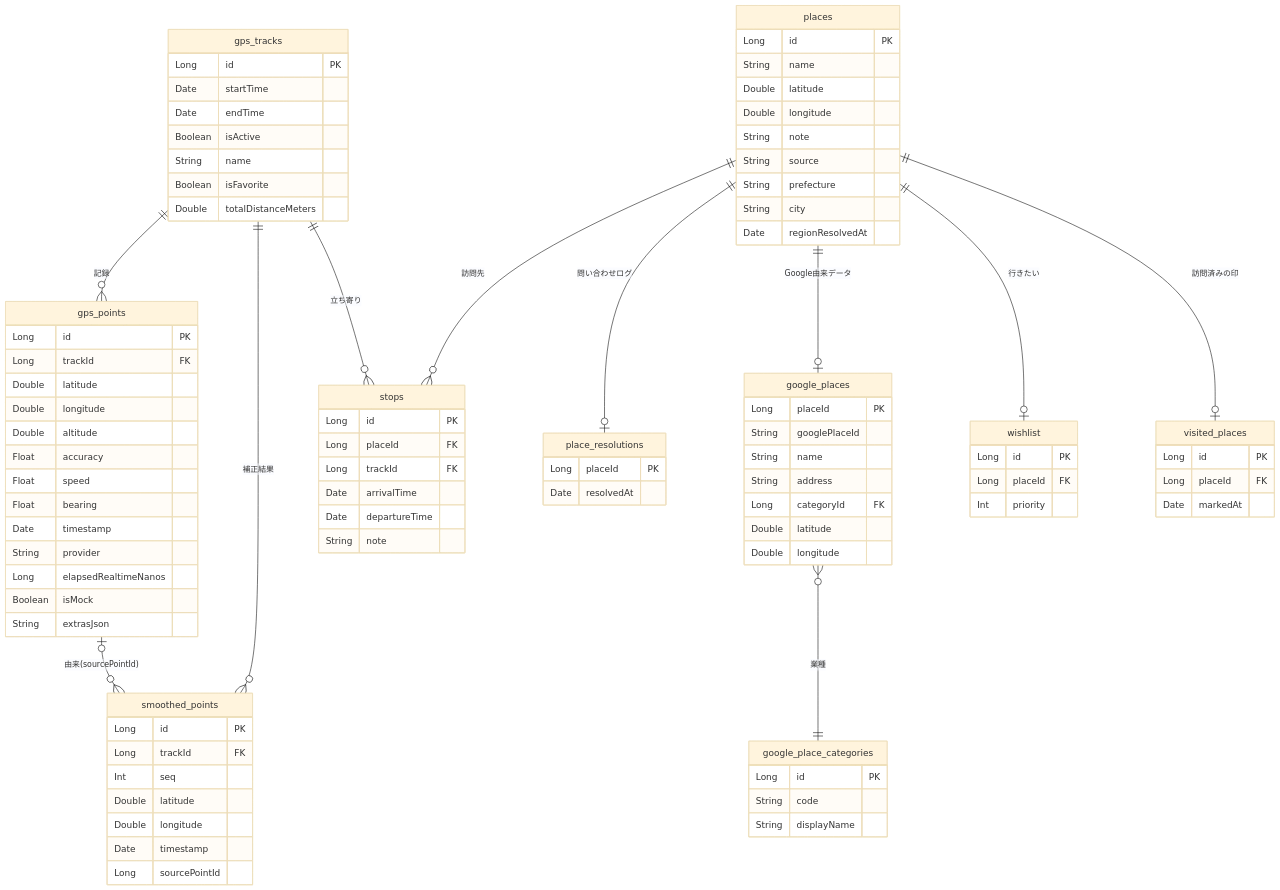
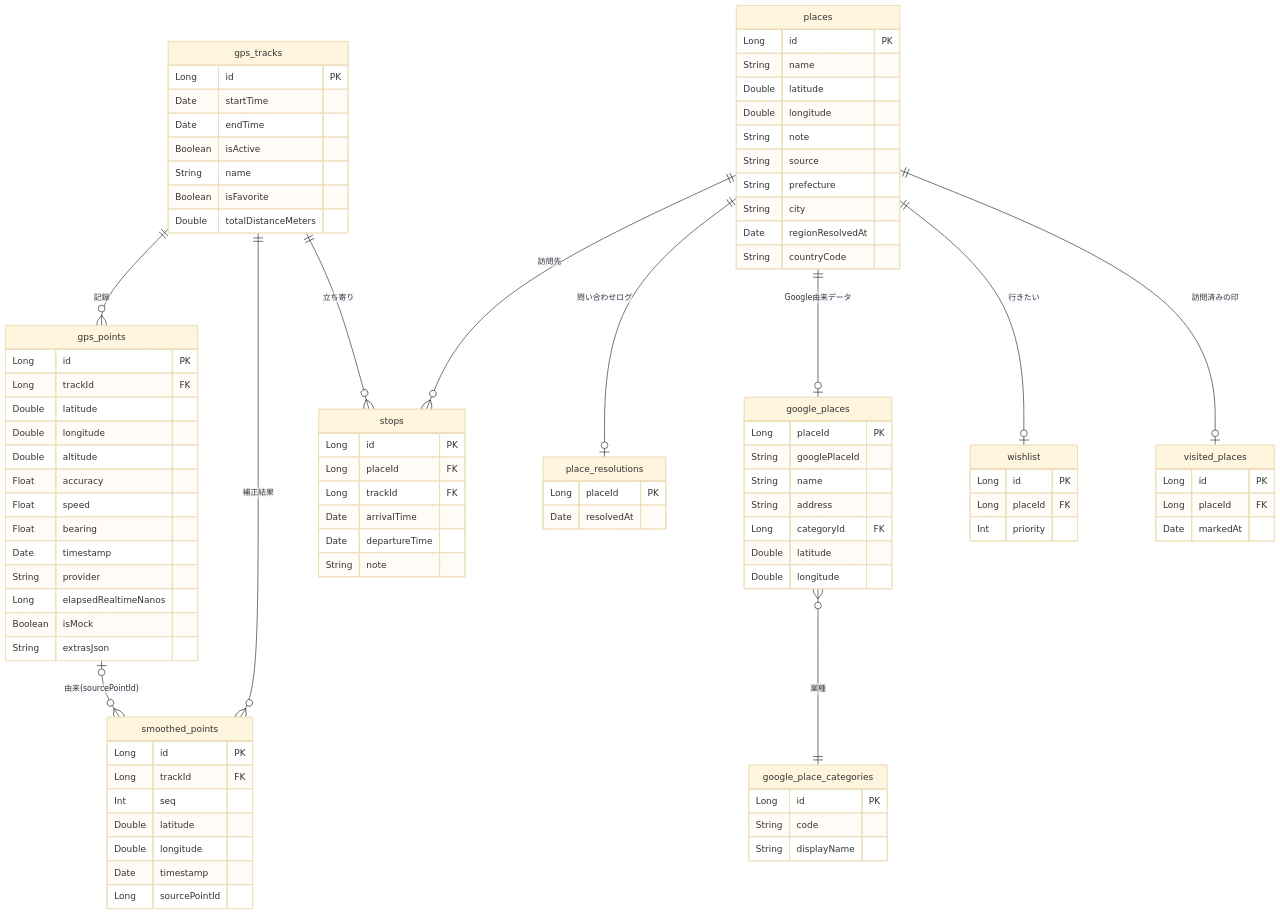
The diagram in docs/specs/model.md (y-nosuke/pathly), drawn with Mermaid (base theme) before and after one commit. The commit also changed other lines of this file and 31 other files, not shown here.

```diff
--- a/docs/specs/model.md
+++ b/docs/specs/model.md
@@ -67,6 +67,7 @@
     String prefecture
     String city
     Date regionResolvedAt
+    String countryCode
   }
   stops {
     Long id PK
```
